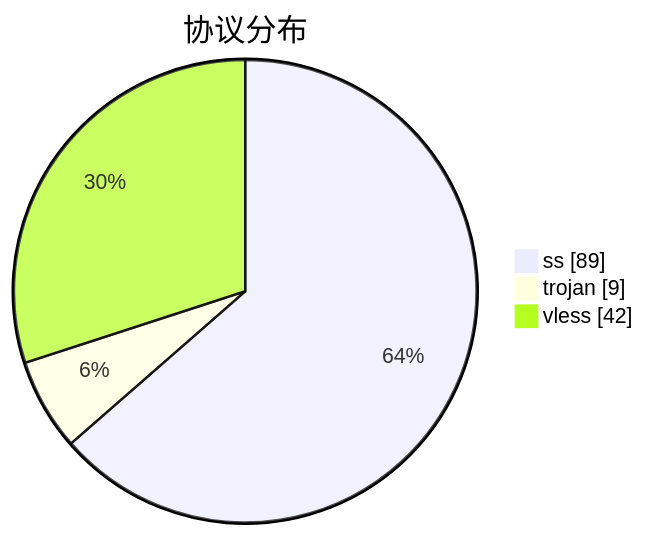
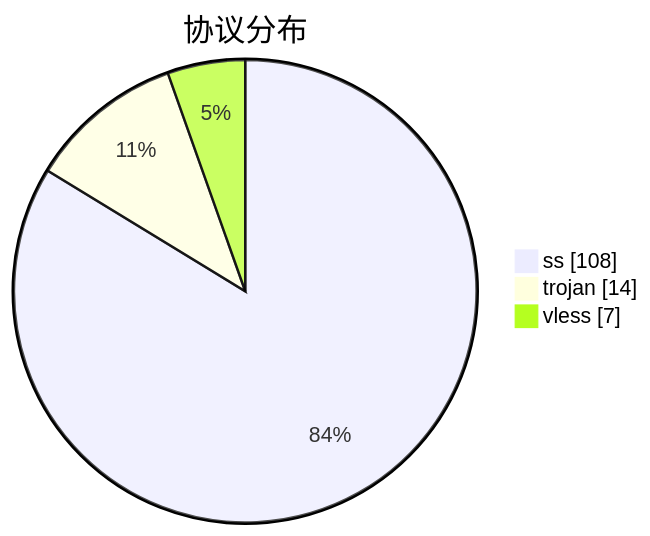
The third of 3 diagrams in subs/statistics/tested_within.md (qjlxg/airport), drawn with Mermaid before and after one commit. The commit also changed other lines of this file and 2 other files, not shown here.

````diff
--- a/subs/statistics/tested_within.md
+++ b/subs/statistics/tested_within.md
@@ -35,7 +32,7 @@
 ```mermaid
 pie showData
 title 协议分布
-"ss" : 89
-"trojan" : 9
-"vless" : 42
+"ss" : 108
+"trojan" : 14
+"vless" : 7
 ```
````
